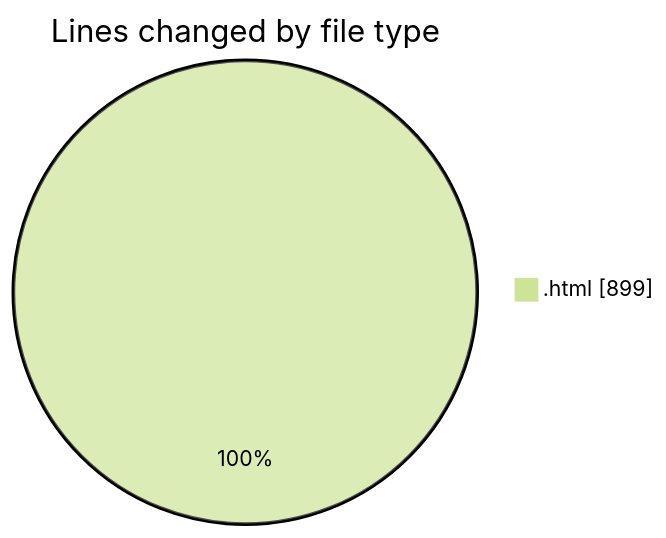
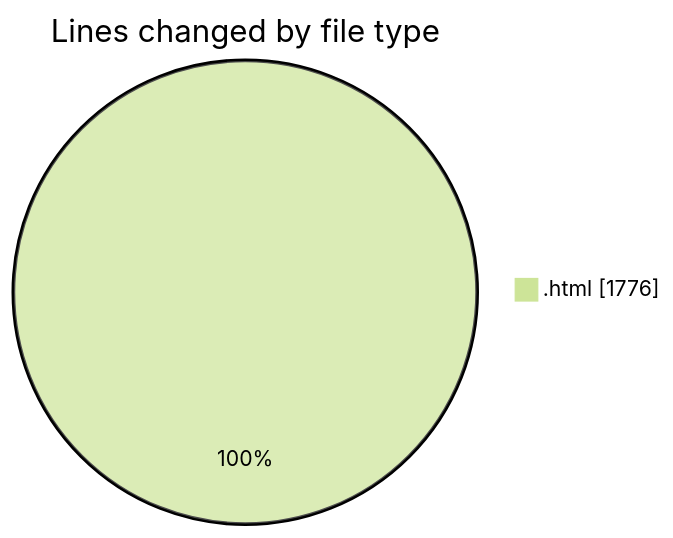
The first of 2 diagrams in 2026-10-06/downloads/README.md (LanceThiago/code-tracking), drawn with Mermaid (forest theme) before and after one commit. The commit also changed other lines of this file and 1 other file, not shown here.

````diff
--- a/2026-10-06/downloads/README.md
+++ b/2026-10-06/downloads/README.md
@@ -20,5 +20,5 @@
 ```mermaid
 pie showData
 title Lines changed by file type
-".html" : 899
+".html" : 1776
 ```
````
